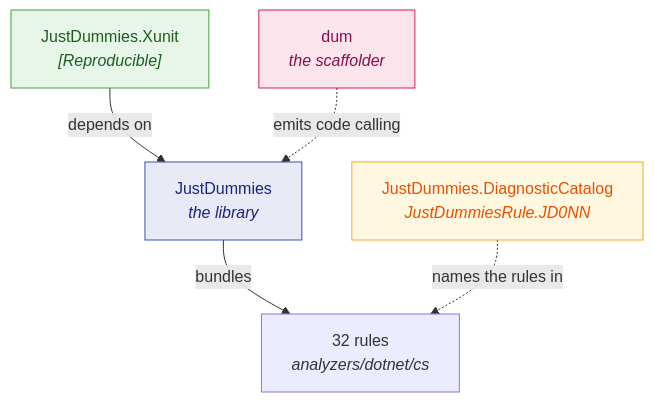
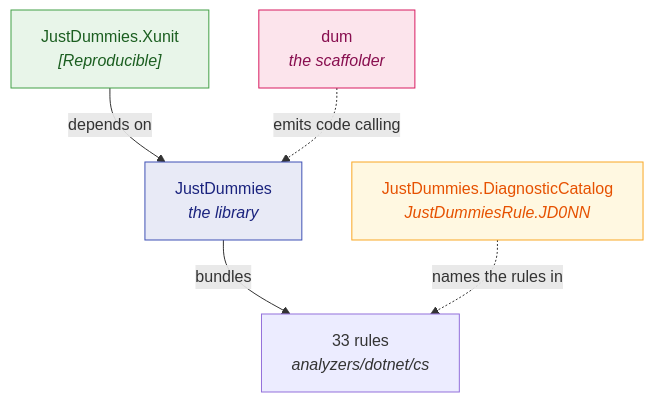
One commit to Reefact/just-dummies changed the diagram in doc/handwritten/for-users/packages/README.md. Above: the diagram before and after it, drawn with Mermaid. The commit also changed other lines of this file and 36 other files, not shown here.

````diff
--- a/doc/handwritten/for-users/packages/README.md
+++ b/doc/handwritten/for-users/packages/README.md
@@ -18,12 +18,12 @@
 ```mermaid
 flowchart TD
-    L["JustDummies<br/><i>the library</i>"] -->|"bundles"| A["32 rules<br/><i>analyzers/dotnet/cs</i>"]
+    L["JustDummies<br/><i>the library</i>"] -->|"bundles"| A["33 rules<br/><i>analyzers/dotnet/cs</i>"]
     X["JustDummies.Xunit<br/><i>[Reproducible]</i>"] -->|"depends on"| L
     C["JustDummies.DiagnosticCatalog<br/><i>JustDummiesRule.JD0NN</i>"]
     C -.->|"names the rules in"| A
     D["dum<br/><i>the scaffolder</i>"] -.->|"emits code calling"| L
     style L fill:#e8eaf6,stroke:#3f51b5,color:#1a237e
     style X fill:#e8f5e9,stroke:#43a047,color:#1b5e20
     style C fill:#fff8e1,stroke:#f9a825,color:#e65100
     style D fill:#fce4ec,stroke:#d81b60,color:#880e4f
 ```
````
